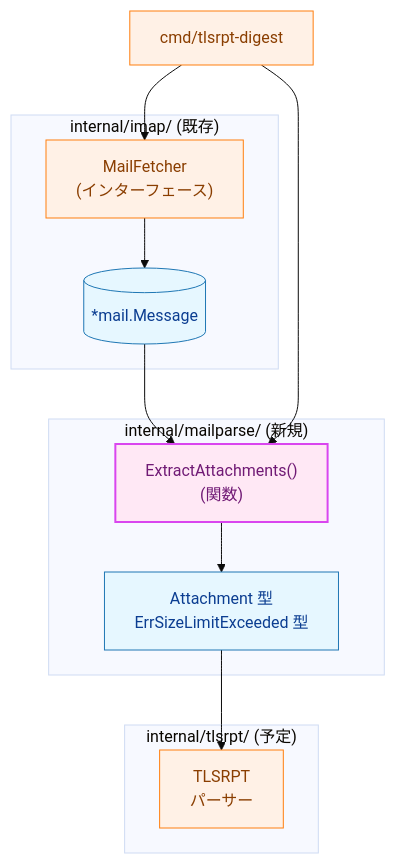
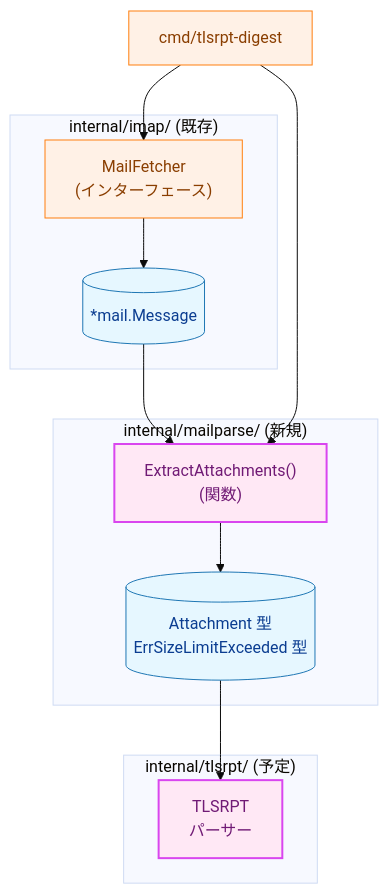
One commit to isseis/tlsrpt-digest changed the third of 8 diagrams in docs/tasks/0011_mailparse/02_architecture.md. Above: the diagram before and after it, drawn with Mermaid (base theme). The commit also changed other lines of this file, not shown here.

First line of the commit message:
docs: address review comments on mailparse architecture

````diff
--- a/docs/tasks/0011_mailparse/02_architecture.md
+++ b/docs/tasks/0011_mailparse/02_architecture.md
@@ -67,33 +67,33 @@
 ```mermaid
 graph TB
     classDef data fill:#e6f7ff,stroke:#1f77b4,stroke-width:1px,color:#0b3d91;
     classDef process fill:#fff1e6,stroke:#ff7f0e,stroke-width:1px,color:#8a3e00;
     classDef newpkg fill:#ffe8f5,stroke:#d946ef,stroke-width:2px,color:#701a75;
 
     subgraph imap_pkg ["internal/imap/ (既存)"]
         iface["MailFetcher<br>(インターフェース)"]
         msg[("*mail.Message")]
     end
 
     subgraph mailparse_pkg ["internal/mailparse/ (新規)"]
         extract["ExtractAttachments()<br>(関数)"]
-        types["Attachment 型<br>ErrSizeLimitExceeded 型"]
+        types[("Attachment 型<br>ErrSizeLimitExceeded 型")]
     end
 
     subgraph tlsrpt_pkg ["internal/tlsrpt/ (予定)"]
         parse["TLSRPT<br>パーサー"]
     end
 
     cmd["cmd/tlsrpt-digest"]
 
     iface --> msg
     msg --> extract
     extract --> types
     types --> parse
     cmd --> iface
     cmd --> extract
 
     class msg,types data
-    class iface,cmd,parse process
-    class extract newpkg
+    class iface,cmd process
+    class extract,parse newpkg
 ```
````
